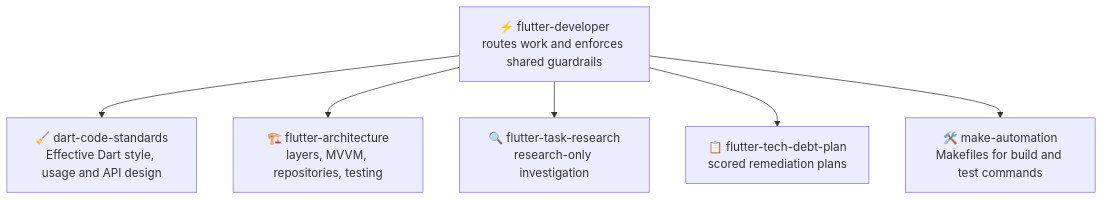
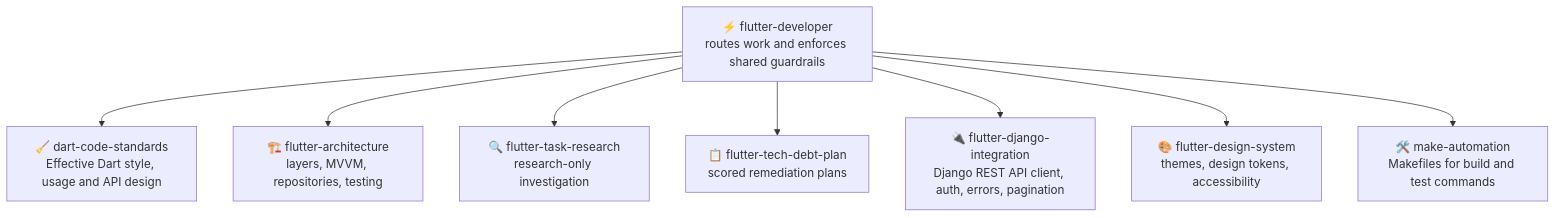
Before and after one commit to KinwiseNZ-DevOps/flutter-developer: the diagram in README.md, drawn with Mermaid. The commit also changed other lines of this file and 11 other files, not shown here.

First line of the commit message:
feat: add Django integration and design system skills

````diff
--- a/README.md
+++ b/README.md
@@ -68,9 +70,11 @@
 ```mermaid
 flowchart TD
     R["⚡ flutter-developer<br/>routes work and enforces shared guardrails"]
     R --> A["🧹 dart-code-standards<br/>Effective Dart style, usage and API design"]
     R --> B["🏗️ flutter-architecture<br/>layers, MVVM, repositories, testing"]
     R --> C["🔍 flutter-task-research<br/>research-only investigation"]
     R --> D["📋 flutter-tech-debt-plan<br/>scored remediation plans"]
+    R --> F["🔌 flutter-django-integration<br/>Django REST API client, auth, errors, pagination"]
+    R --> G["🎨 flutter-design-system<br/>themes, design tokens, accessibility"]
     R --> E["🛠️ make-automation<br/>Makefiles for build and test commands"]
 ```
````
